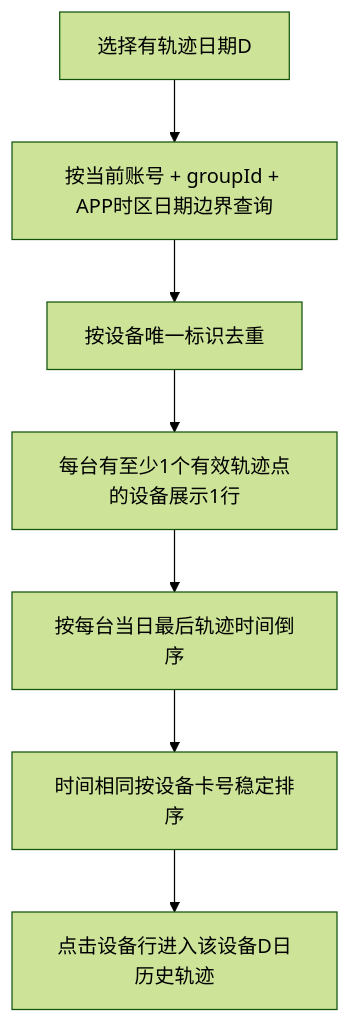
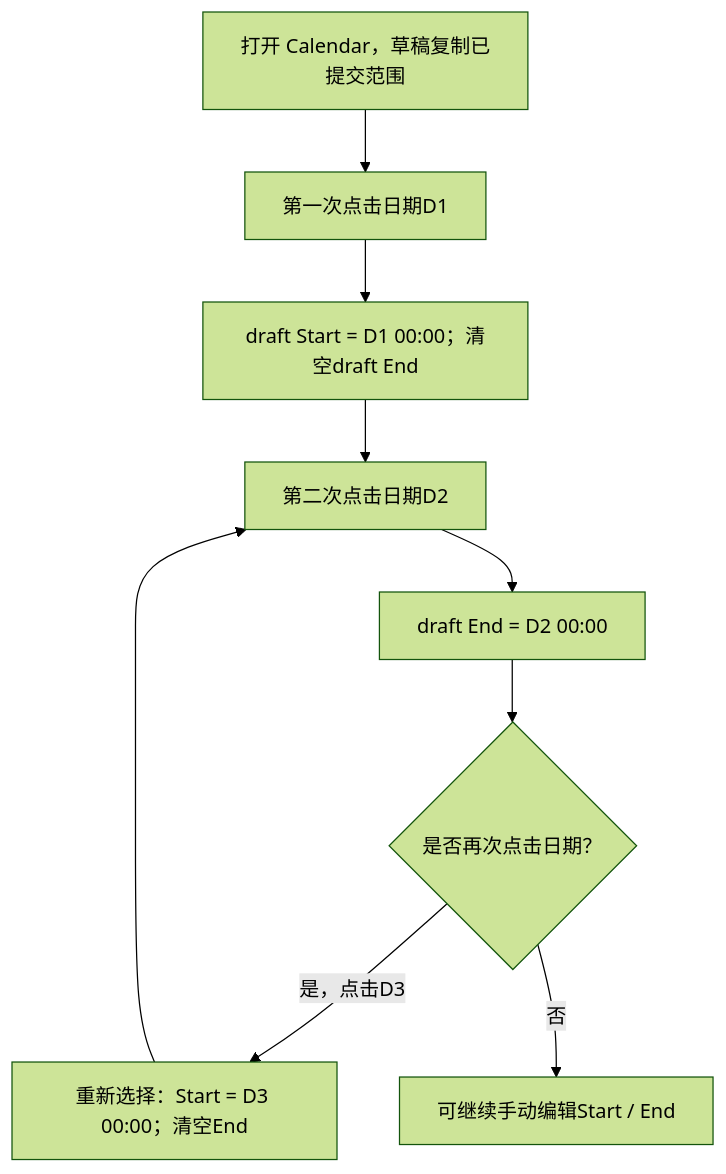
Before and after one commit to CuMgNa/skills: the seventh of 8 diagrams in docs/manuals/革泰/逻辑大纲/革泰 APP 整群轨迹逻辑点梳理 plan.md, drawn with Mermaid (forest theme). The commit also changed other lines of this file and 21 other files, not shown here.

````diff
--- a/docs/manuals/革泰/逻辑大纲/革泰 APP 整群轨迹逻辑点梳理 plan.md
+++ b/docs/manuals/革泰/逻辑大纲/革泰 APP 整群轨迹逻辑点梳理 plan.md
@@ -455,9 +498,11 @@
 ```mermaid
 flowchart TD
-    A["选择有轨迹日期D"] --> B["按当前账号 + groupId + APP时区日期边界查询"]
-    B --> C["按设备唯一标识去重"]
-    C --> D["每台有至少1个有效轨迹点的设备展示1行"]
-    D --> E["按每台当日最后轨迹时间倒序"]
-    E --> F["时间相同按设备卡号稳定排序"]
-    F --> G["点击设备行进入该设备D日历史轨迹"]
+    A["打开 Calendar，草稿复制已提交范围"] --> B["第一次点击日期D1"]
+    B --> C["draft Start = D1 00:00；清空draft End"]
+    C --> D["第二次点击日期D2"]
+    D --> E["draft End = D2 00:00"]
+    E --> F{"是否再次点击日期？"}
+    F -->|"是，点击D3"| G["重新选择：Start = D3 00:00；清空End"]
+    G --> D
+    F -->|"否"| H["可继续手动编辑Start / End"]
 ```
````
